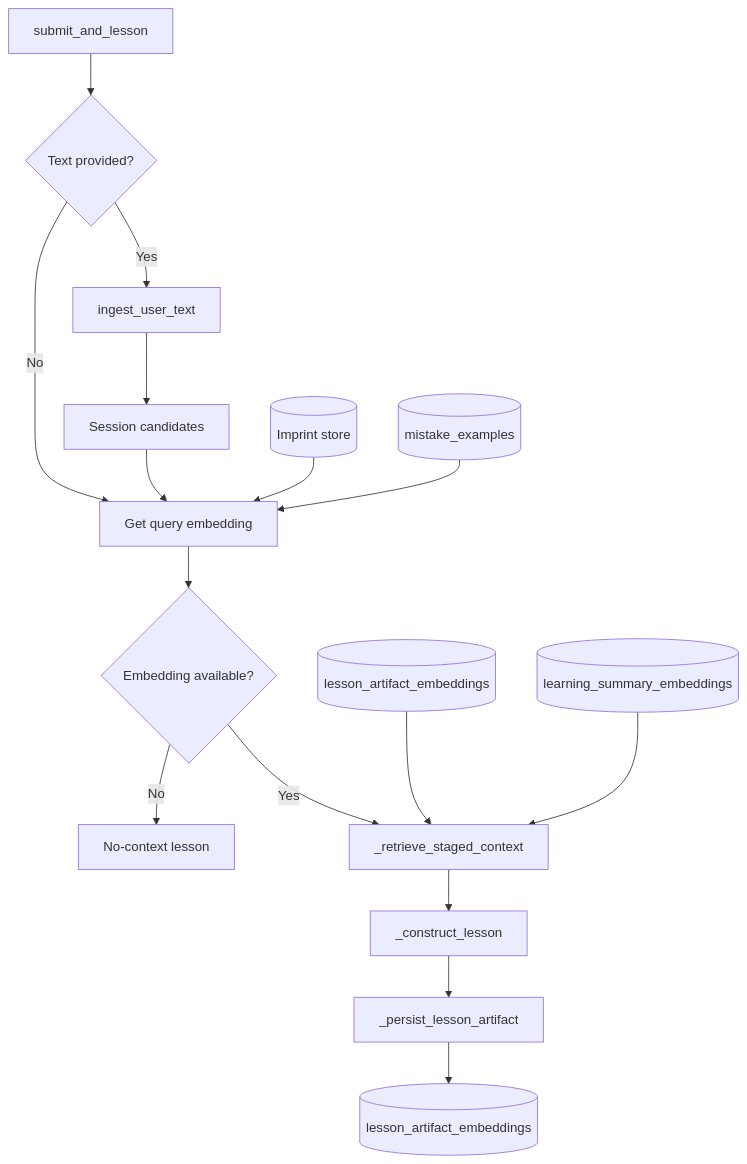
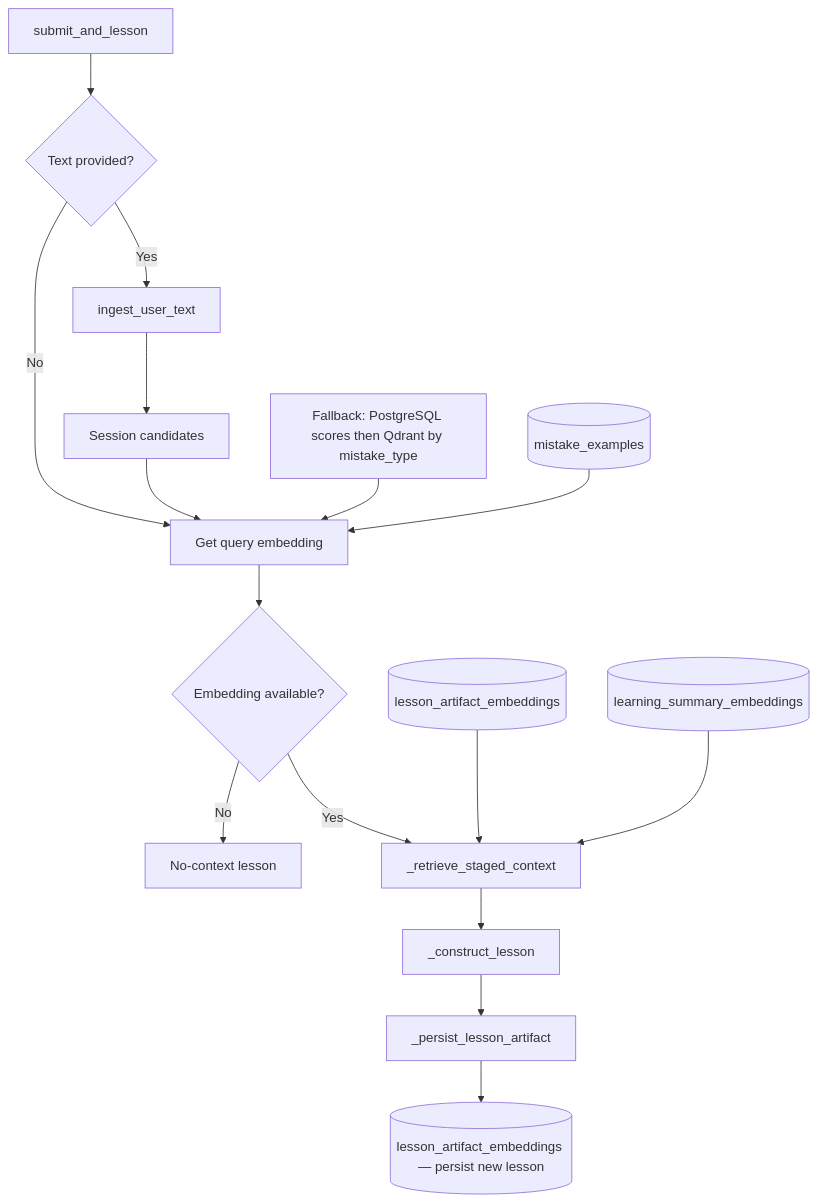
The second of 2 diagrams in README.md (ali5p/lexory), drawn with Mermaid before and after one commit. The commit also changed other lines of this file and 2 other files, not shown here.

````diff
--- a/README.md
+++ b/README.md
@@ -214,39 +207,39 @@
 ```mermaid
 flowchart TB
     A[submit_and_lesson]
     B{Text provided?}
     C[ingest_user_text]
     D[Get query embedding]
     E{Embedding available?}
     F[No-context lesson]
 
     G[_retrieve_staged_context]
     H[_construct_lesson]
     I[_persist_lesson_artifact]
 
     J[Session candidates]
-    K[(Imprint store)]
+    K[Fallback: PostgreSQL scores then Qdrant by mistake_type]
     L[(mistake_examples)]
     M[(lesson_artifact_embeddings)]
     N[(learning_summary_embeddings)]
-    O[(lesson_artifact_embeddings)]
+    O[(lesson_artifact_embeddings — persist new lesson)]
 
     A --> B
     B -- Yes --> C
     B -- No --> D
     C --> J
     J --> D
     K --> D
     L --> D
 
     D --> E
     E -- No --> F
     E -- Yes --> G
 
     G --> H
     M --> G
     N --> G
 
     H --> I
     I --> O
 ```
````
